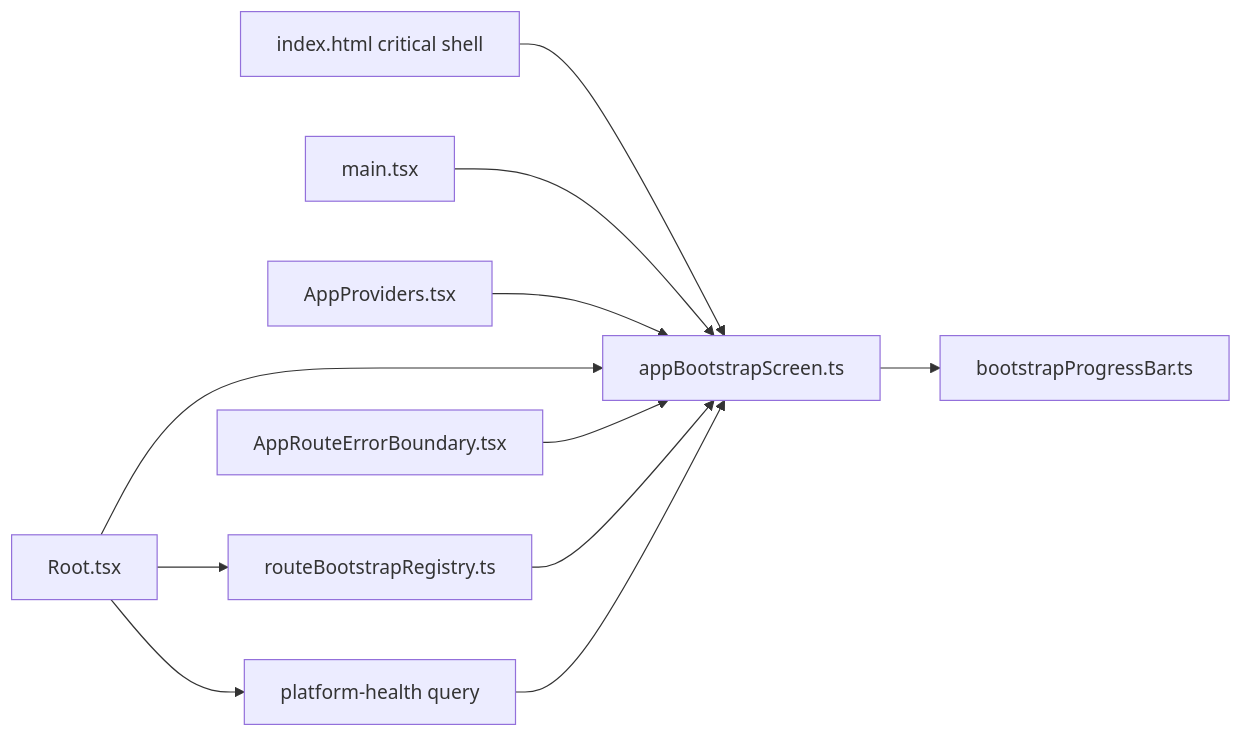
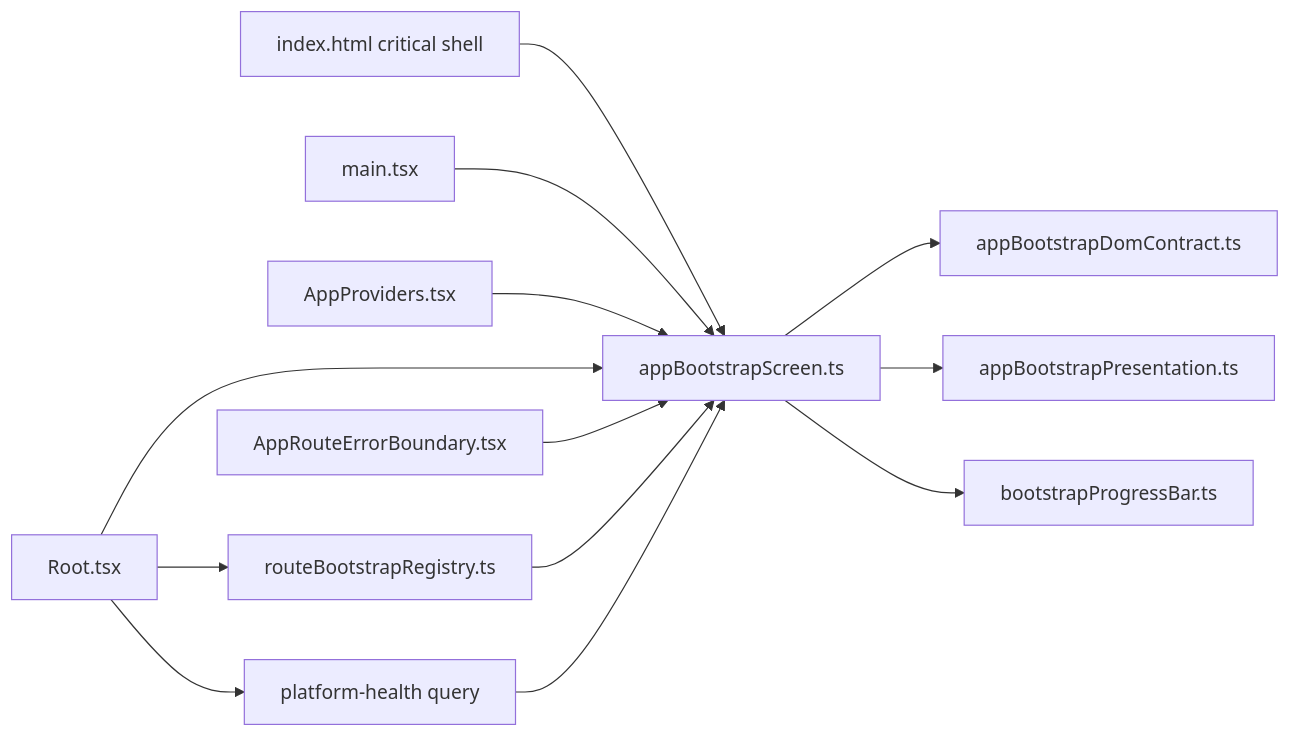
One commit to dunay2/dvt changed the third of 3 diagrams in docs/architecture/components/web/app-bootstrap-screen-component.md. Above: the diagram before and after it, drawn with Mermaid. The commit also changed other lines of this file and 20 other files, not shown here.

First line of the commit message:
refactor(web): Separate bootstrap presentation concerns

````diff
--- a/docs/architecture/components/web/app-bootstrap-screen-component.md
+++ b/docs/architecture/components/web/app-bootstrap-screen-component.md
@@ -77,13 +111,15 @@
 ```mermaid
 flowchart LR
   Html["index.html critical shell"] --> Bootstrap["appBootstrapScreen.ts"]
   Main["main.tsx"] --> Bootstrap
   Providers["AppProviders.tsx"] --> Bootstrap
   Root["Root.tsx"] --> Bootstrap
   RouteErrors["AppRouteErrorBoundary.tsx"] --> Bootstrap
+  Bootstrap --> DomContract["appBootstrapDomContract.ts"]
+  Bootstrap --> Presentation["appBootstrapPresentation.ts"]
   Root --> RouteBootstrap["routeBootstrapRegistry.ts"]
   Root --> Health["platform-health query"]
   RouteBootstrap --> Bootstrap
   Health --> Bootstrap
   Bootstrap --> Progress["bootstrapProgressBar.ts"]
 ```
````
